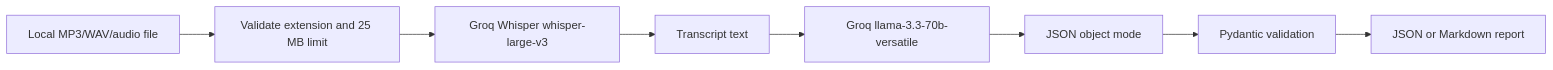
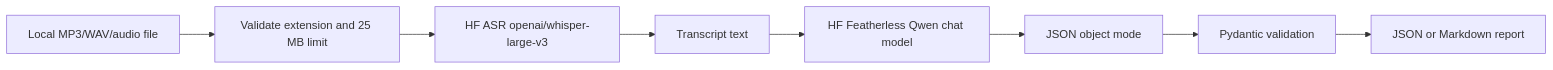
Before and after one commit to shallow2024/Day4-audio-transcription-action-item-summarizer: the diagram in docs/architecture.md, drawn with Mermaid. The commit also changed other lines of this file and 3 other files, not shown here.

````diff
--- a/docs/architecture.md
+++ b/docs/architecture.md
@@ -3,10 +3,10 @@
 ```mermaid
 flowchart LR
     A[Local MP3/WAV/audio file] --> B[Validate extension and 25 MB limit]
-    B --> C[Groq Whisper whisper-large-v3]
+    B --> C[HF ASR openai/whisper-large-v3]
     C --> D[Transcript text]
-    D --> E[Groq llama-3.3-70b-versatile]
+    D --> E[HF Featherless Qwen chat model]
     E --> F[JSON object mode]
     F --> G[Pydantic validation]
     G --> H[JSON or Markdown report]
 ```
````
